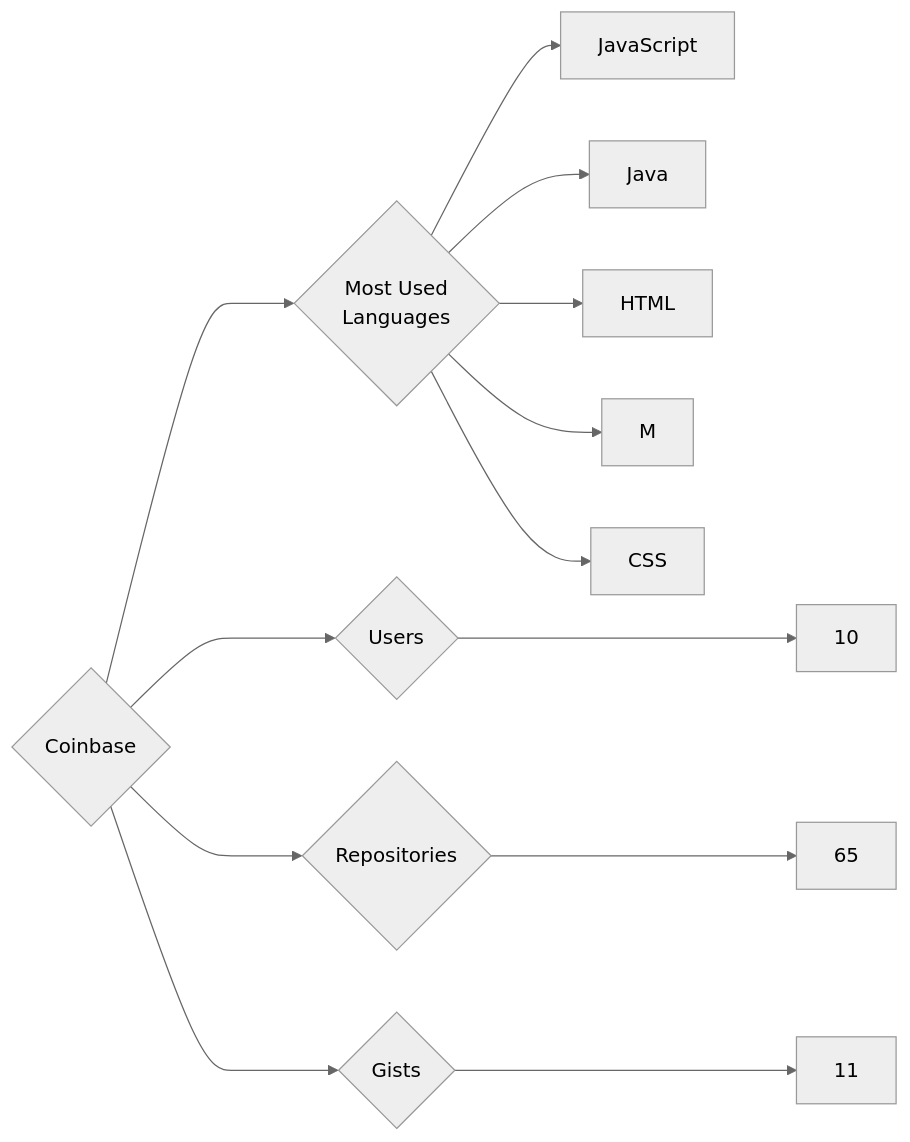
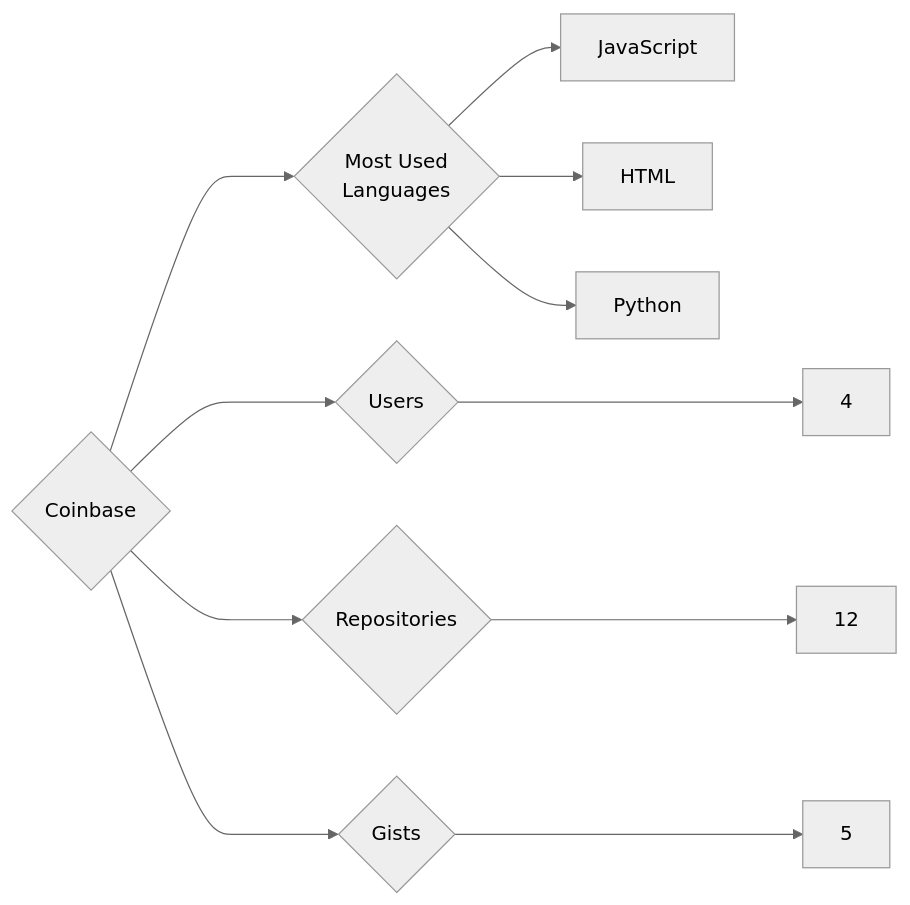
One commit to trickest/insiders changed the diagram in targets/Coinbase/README.md. Above: the diagram before and after it, drawn with Mermaid (neutral theme). The commit also changed 880 other files, not shown here.

````diff
--- a/targets/Coinbase/README.md
+++ b/targets/Coinbase/README.md
@@ -3,13 +3,11 @@
 ```mermaid
 graph LR
 COMPANY_NAME{Coinbase}
-COMPANY_NAME ---> U{Users} ---> UN[10]
-COMPANY_NAME ---> R{Repositories} ---> RN[65]
-COMPANY_NAME ---> G{Gists} ---> GN[11]
+COMPANY_NAME ---> U{Users} ---> UN[4]
+COMPANY_NAME ---> R{Repositories} ---> RN[12]
+COMPANY_NAME ---> G{Gists} ---> GN[5]
 COMPANY_NAME ---> ML{Most Used<br>Languages}
 ML --> JavaScript[JavaScript]
-ML --> Java[Java]
 ML --> HTML[HTML]
-ML --> M[M]
-ML --> CSS[CSS]
+ML --> Python[Python]
 ```
````
